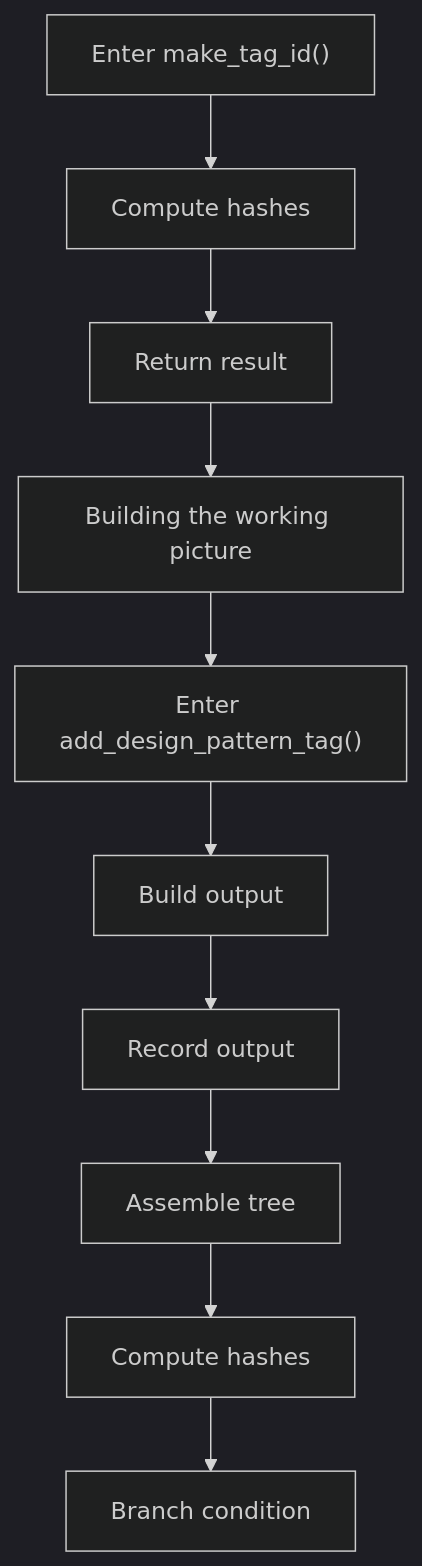
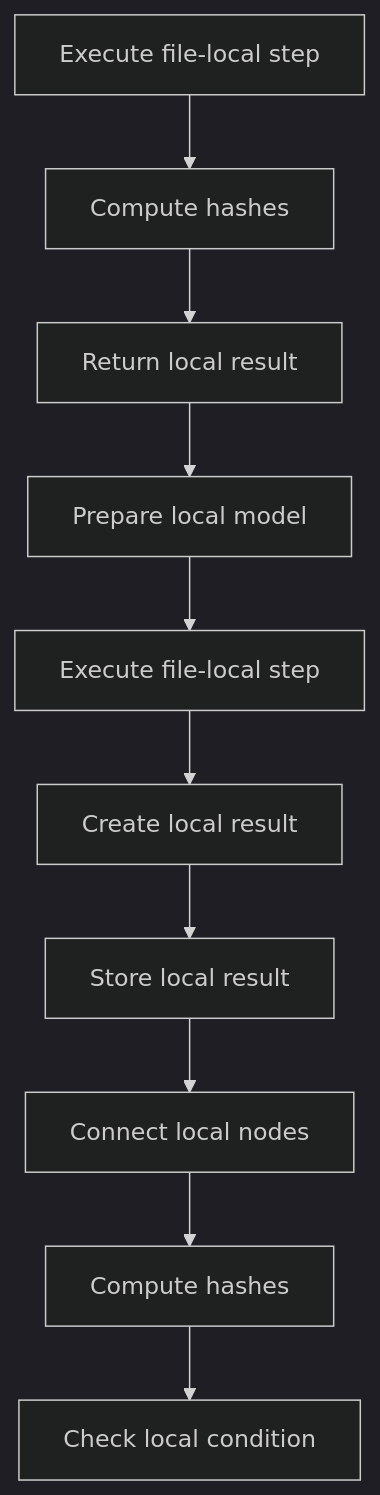
One commit to JohnAndrewBalbarosa/NeoTerritory changed the fourth of 8 diagrams in docs/Codebase/Microservice/Modules/Source/OutputGeneration/UnitTestGeneration/Flow/algorithm_pipeline_program_flow_02.cpp.md. Above: the diagram before and after it, drawn with Mermaid (dark theme). The commit also changed other lines of this file and 915 other files, not shown here.

````diff
--- a/docs/Codebase/Microservice/Modules/Source/OutputGeneration/UnitTestGeneration/Flow/algorithm_pipeline_program_flow_02.cpp.md
+++ b/docs/Codebase/Microservice/Modules/Source/OutputGeneration/UnitTestGeneration/Flow/algorithm_pipeline_program_flow_02.cpp.md
@@ -87,22 +87,22 @@
 ```mermaid
 flowchart TD
-    N0["Enter make_tag_id()"]
+    N0["Execute file-local step"]
     N1["Compute hashes"]
-    N2["Return result"]
-    N3["Building the working picture"]
-    N4["Enter add_design_pattern_tag()"]
-    N5["Build output"]
-    N6["Record output"]
-    N7["Assemble tree"]
+    N2["Return local result"]
+    N3["Prepare local model"]
+    N4["Execute file-local step"]
+    N5["Create local result"]
+    N6["Store local result"]
+    N7["Connect local nodes"]
     N8["Compute hashes"]
-    N9["Branch condition"]
+    N9["Check local condition"]
     N0 --> N1
     N1 --> N2
     N2 --> N3
     N3 --> N4
     N4 --> N5
     N5 --> N6
     N6 --> N7
     N7 --> N8
     N8 --> N9
 ```
````
